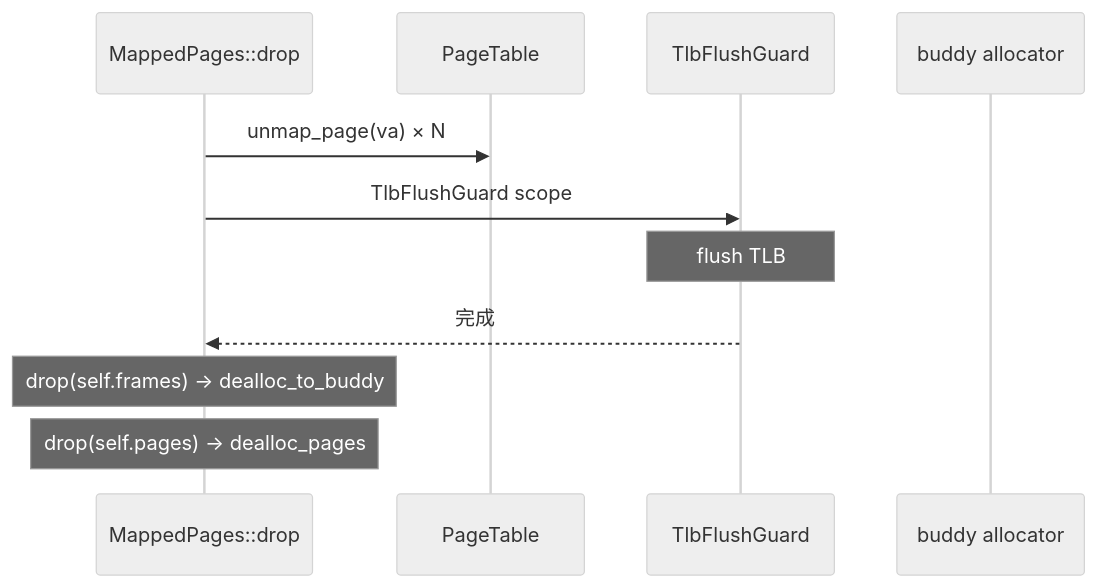
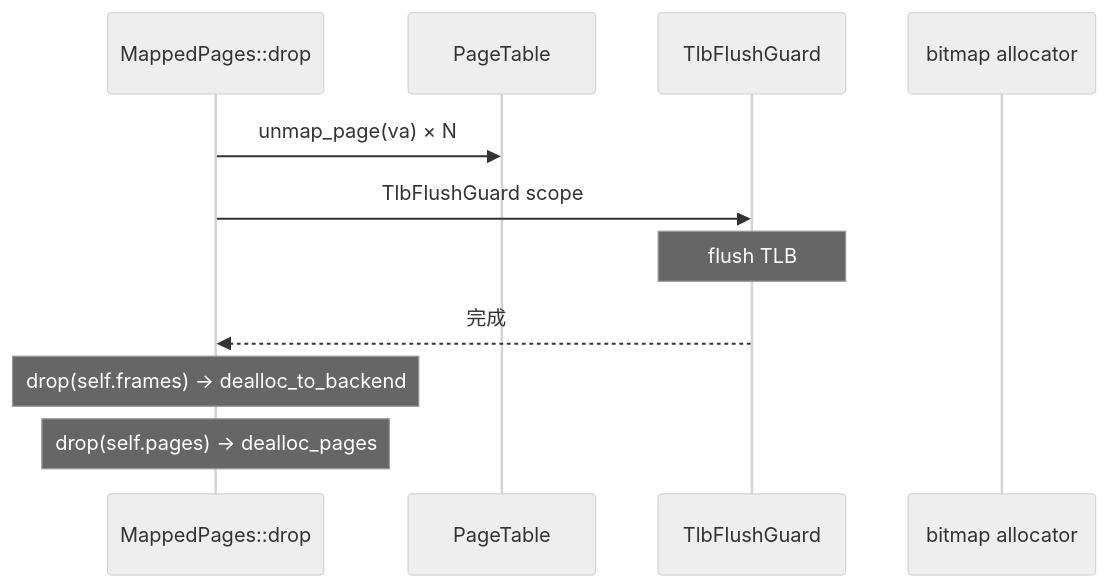
Before and after one commit to MRNIU/SimpleKernel: the sixth of 10 diagrams in docs/design/memory-subsystem.md, drawn with Mermaid (neutral theme). The commit also changed other lines of this file and 10 other files, not shown here.

First line of the commit message:
refactor(frame_allocator): 用 bitmap 替换 buddy_system_allocator

````diff
--- a/docs/design/memory-subsystem.md
+++ b/docs/design/memory-subsystem.md
@@ -338,14 +337,14 @@
 ```mermaid
 sequenceDiagram
     participant MP as MappedPages::drop
     participant PT as PageTable
     participant TLB as TlbFlushGuard
-    participant buddy as buddy allocator
+    participant FA as bitmap allocator
 
     MP->>PT: unmap_page(va) × N
     MP->>TLB: TlbFlushGuard scope
     Note over TLB: flush TLB
     TLB-->>MP: 完成
-    Note over MP: drop(self.frames) → dealloc_to_buddy
+    Note over MP: drop(self.frames) → dealloc_to_backend
     Note over MP: drop(self.pages) → dealloc_pages
 ```
````
